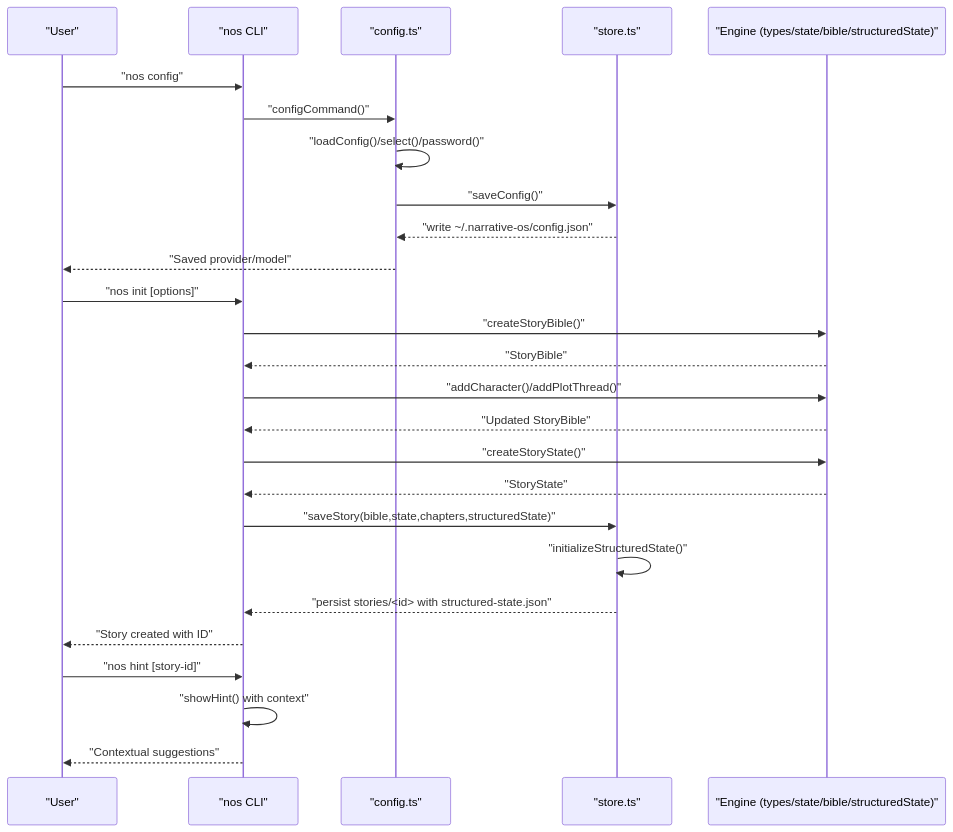
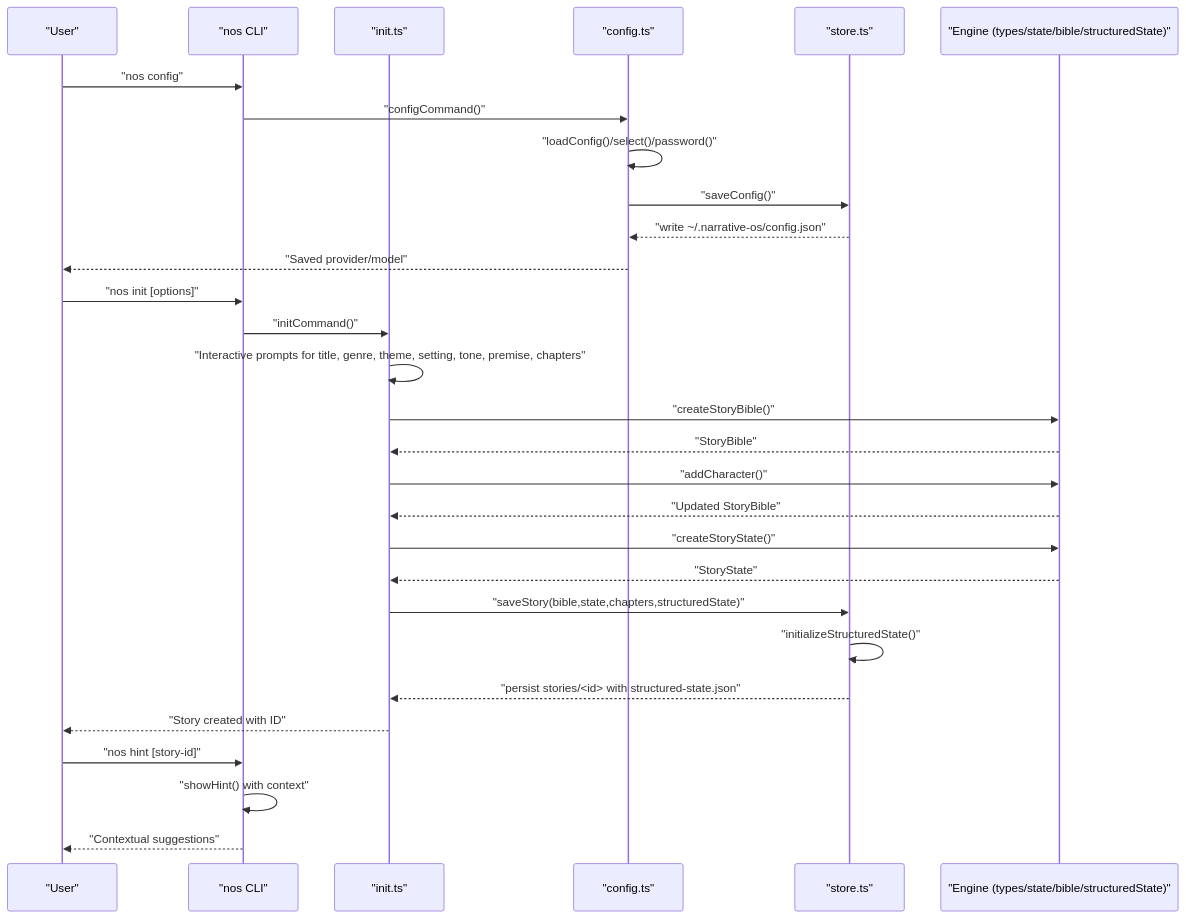
One commit to liwonder/NARRITIVE_OS changed the second of 4 diagrams in .qoder/repowiki/en/content/CLI Command Reference.md. Above: the diagram before and after it, drawn with Mermaid. The commit also changed other lines of this file and 7 other files, not shown here.

Commit message:
CLI 0.1.4, engine 0.1.2

````diff
--- a/.qoder/repowiki/en/content/CLI Command Reference.md
+++ b/.qoder/repowiki/en/content/CLI Command Reference.md
@@ -161,28 +165,31 @@
 ```mermaid
 sequenceDiagram
 participant User as "User"
 participant CLI as "nos CLI"
+participant Init as "init.ts"
 participant Config as "config.ts"
 participant Store as "store.ts"
 participant Engine as "Engine (types/state/bible/structuredState)"
 User->>CLI : "nos config"
 CLI->>Config : "configCommand()"
 Config->>Config : "loadConfig()/select()/password()"
 Config->>Store : "saveConfig()"
 Store-->>Config : "write ~/.narrative-os/config.json"
 Config-->>User : "Saved provider/model"
 User->>CLI : "nos init [options]"
-CLI->>Engine : "createStoryBible()"
-Engine-->>CLI : "StoryBible"
-CLI->>Engine : "addCharacter()/addPlotThread()"
-Engine-->>CLI : "Updated StoryBible"
-CLI->>Engine : "createStoryState()"
-Engine-->>CLI : "StoryState"
-CLI->>Store : "saveStory(bible,state,chapters,structuredState)"
+CLI->>Init : "initCommand()"
+Init->>Init : "Interactive prompts for title, genre, theme, setting, tone, premise, chapters"
+Init->>Engine : "createStoryBible()"
+Engine-->>Init : "StoryBible"
+Init->>Engine : "addCharacter()"
+Engine-->>Init : "Updated StoryBible"
+Init->>Engine : "createStoryState()"
+Engine-->>Init : "StoryState"
+Init->>Store : "saveStory(bible,state,chapters,structuredState)"
 Store->>Store : "initializeStructuredState()"
-Store-->>CLI : "persist stories/<id> with structured-state.json"
-CLI-->>User : "Story created with ID"
+Store-->>Init : "persist stories/<id> with structured-state.json"
+Init-->>User : "Story created with ID"
 User->>CLI : "nos hint [story-id]"
 CLI->>CLI : "showHint() with context"
 CLI-->>User : "Contextual suggestions"
 ```
````
